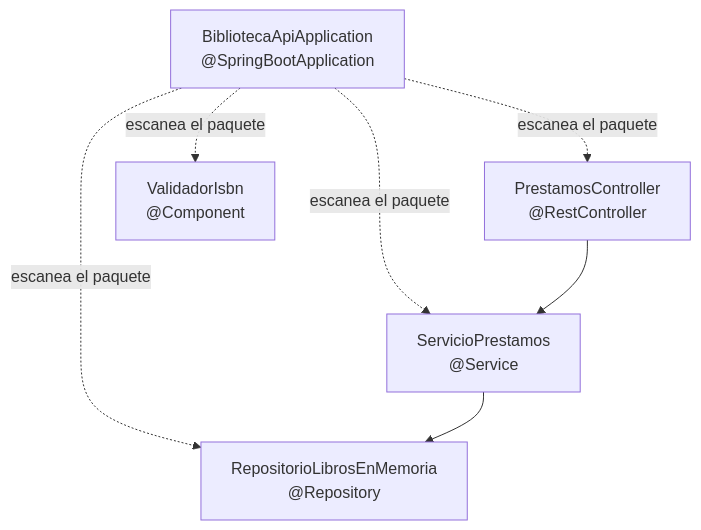
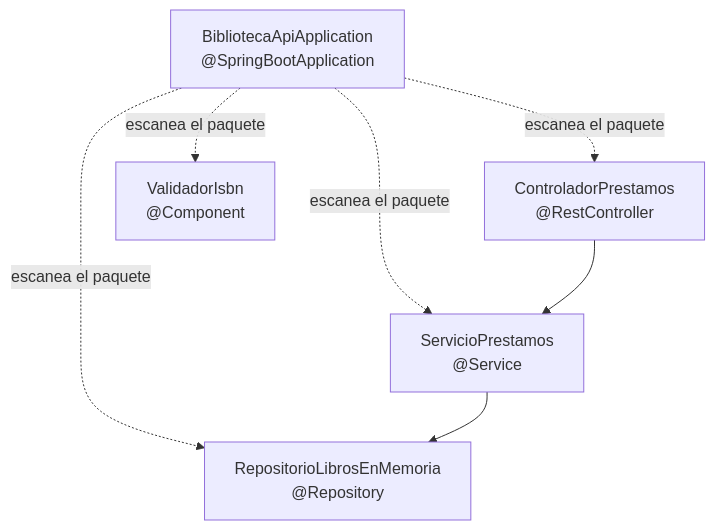
One commit to crodrigr/skill-spring-boot changed the diagram in generador-cursos/curso-spring-boot/01-introduccion-a-spring-boot/material/ejemplos/09-anotaciones-en-spring-boot.md. Above: the diagram before and after it, drawn with Mermaid. The commit also changed other lines of this file and 122 other files, not shown here.

````diff
--- a/generador-cursos/curso-spring-boot/01-introduccion-a-spring-boot/material/ejemplos/09-anotaciones-en-spring-boot.md
+++ b/generador-cursos/curso-spring-boot/01-introduccion-a-spring-boot/material/ejemplos/09-anotaciones-en-spring-boot.md
@@ -132,8 +150,8 @@
 ```mermaid
 flowchart TB
     App["BibliotecaApiApplication\n@SpringBootApplication"] -.->|"escanea el paquete"| PC & SP & RL & VI
 
-    PC["PrestamosController\n@RestController"] --> SP["ServicioPrestamos\n@Service"]
+    PC["ControladorPrestamos\n@RestController"] --> SP["ServicioPrestamos\n@Service"]
     SP --> RL["RepositorioLibrosEnMemoria\n@Repository"]
     VI["ValidadorIsbn\n@Component"]
 ```
````
